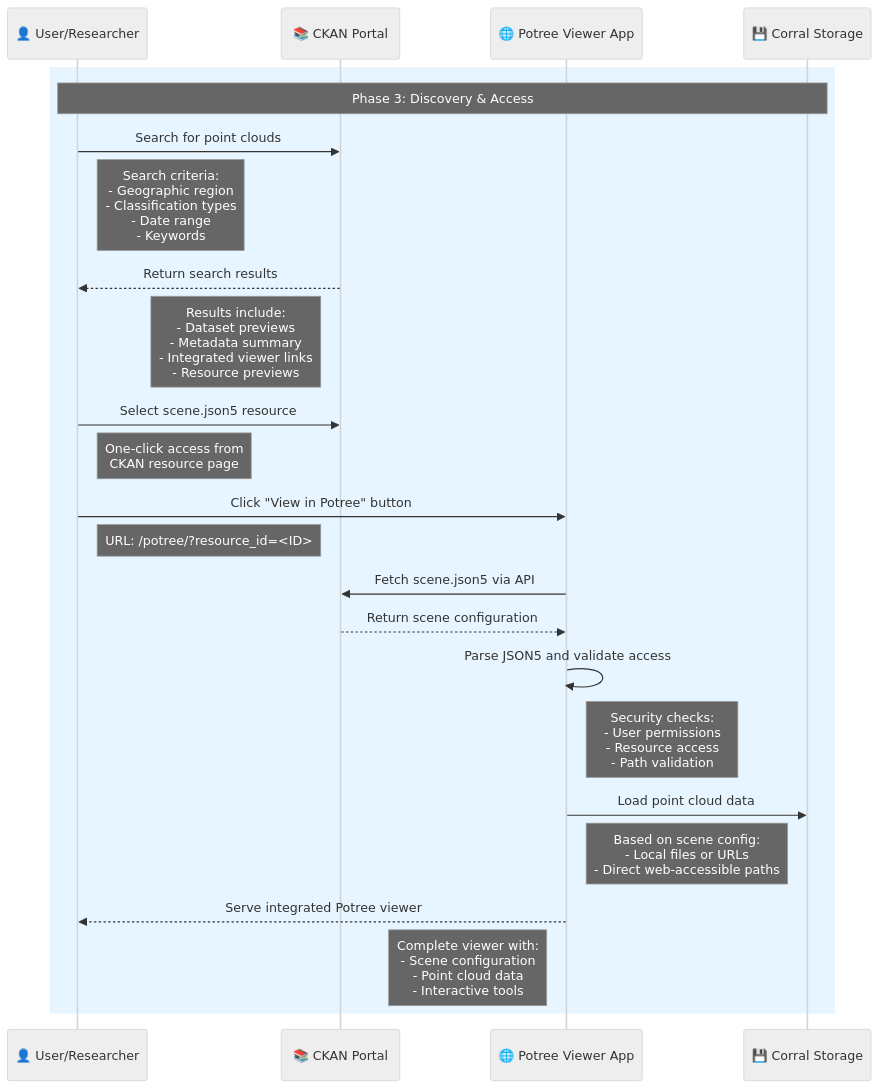
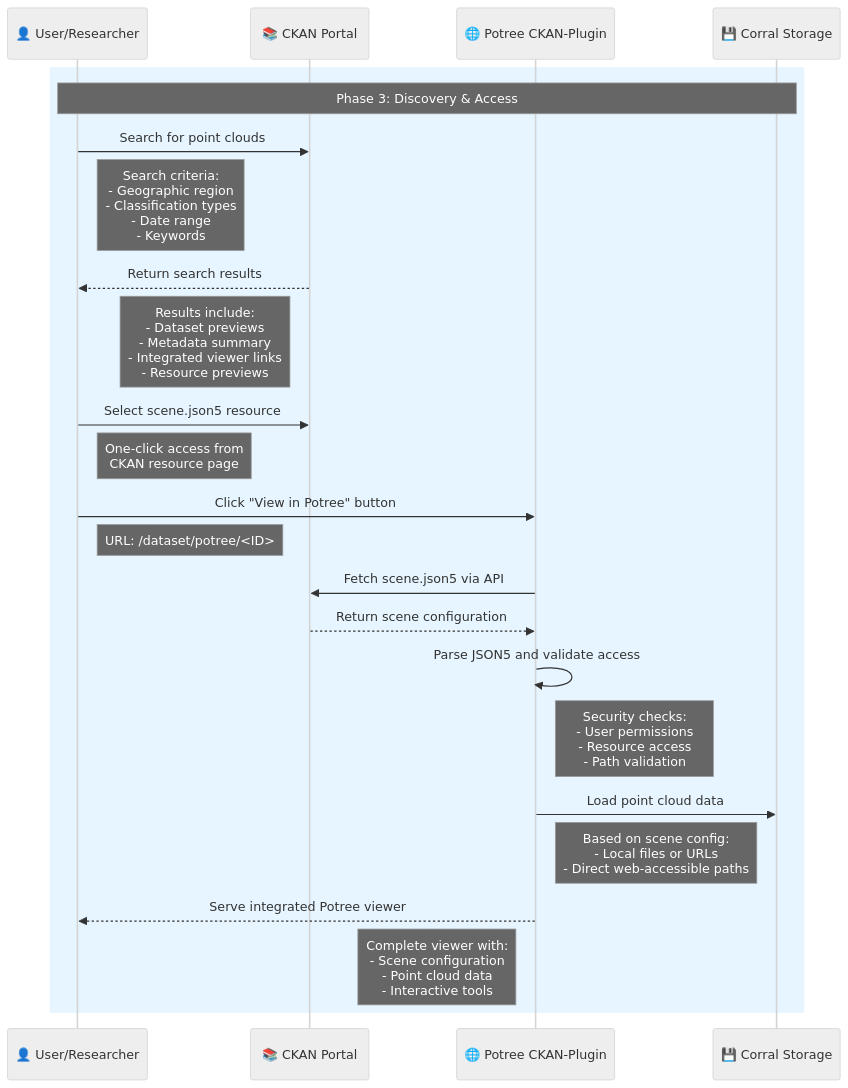
One commit to In-For-Disaster-Analytics/ckan-docker changed the third of 5 diagrams in src/ckanext-potree/README-pipeline.md. Above: the diagram before and after it, drawn with Mermaid. The commit also changed other lines of this file, not shown here.

````diff
--- a/src/ckanext-potree/README-pipeline.md
+++ b/src/ckanext-potree/README-pipeline.md
@@ -209,36 +228,36 @@
 ```mermaid
 %%{ init : { "theme" : "neutral", "themeVariables" : { "primaryColor" : "#fff", "primaryTextColor" : "#000", "primaryBorderColor" : "#000", "lineColor" : "#000", "secondaryColor" : "#f8f8f8", "tertiaryColor" : "#f0f0f0" }}}%%
 sequenceDiagram
     participant User as 👤 User/Researcher
     participant CKAN as 📚 CKAN Portal
-    participant Django as 🌐 Potree Viewer App
+    participant PotreePlugin as 🌐 Potree CKAN-Plugin
     participant Corral as 💾 Corral Storage
 
     %% Discovery & Access Phase
     rect rgb(230, 245, 255)
         Note over User,Corral: Phase 3: Discovery & Access
         User->>CKAN: Search for point clouds
         Note right of User: Search criteria:<br/>- Geographic region<br/>- Classification types<br/>- Date range<br/>- Keywords
 
         CKAN-->>User: Return search results
         Note left of CKAN: Results include:<br/>- Dataset previews<br/>- Metadata summary<br/>- Integrated viewer links<br/>- Resource previews
 
         User->>CKAN: Select scene.json5 resource
         Note right of User: One-click access from<br/>CKAN resource page
 
-        User->>Django: Click "View in Potree" button
-        Note right of User: URL: /potree/?resource_id=<ID>
+        User->>PotreePlugin: Click "View in Potree" button
+        Note right of User: URL: /dataset/potree/<ID>
 
-        Django->>CKAN: Fetch scene.json5 via API
-        CKAN-->>Django: Return scene configuration
+        PotreePlugin->>CKAN: Fetch scene.json5 via API
+        CKAN-->>PotreePlugin: Return scene configuration
 
-        Django->>Django: Parse JSON5 and validate access
-        Note right of Django: Security checks:<br/>- User permissions<br/>- Resource access<br/>- Path validation
+        PotreePlugin->>PotreePlugin: Parse JSON5 and validate access
+        Note right of PotreePlugin: Security checks:<br/>- User permissions<br/>- Resource access<br/>- Path validation
 
-        Django->>Corral: Load point cloud data
-        Note right of Django: Based on scene config:<br/>- Local files or URLs<br/>- Direct web-accessible paths
+        PotreePlugin->>Corral: Load point cloud data
+        Note right of PotreePlugin: Based on scene config:<br/>- Local files or URLs<br/>- Direct web-accessible paths
 
-        Django-->>User: Serve integrated Potree viewer
-        Note left of Django: Complete viewer with:<br/>- Scene configuration<br/>- Point cloud data<br/>- Interactive tools
+        PotreePlugin-->>User: Serve integrated Potree viewer
+        Note left of PotreePlugin: Complete viewer with:<br/>- Scene configuration<br/>- Point cloud data<br/>- Interactive tools
     end
 ```
````
